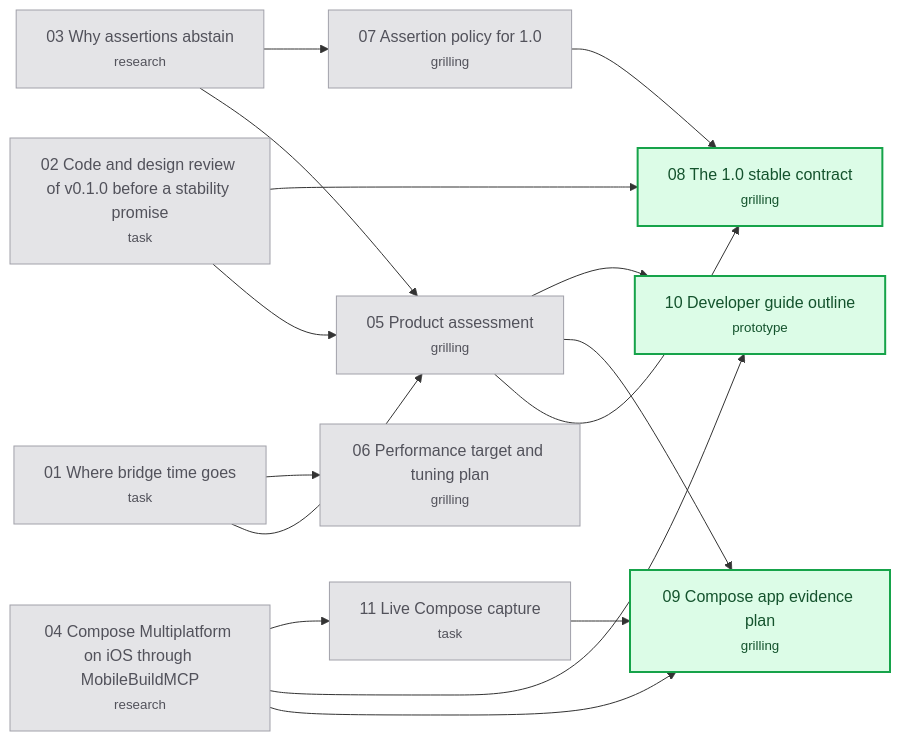
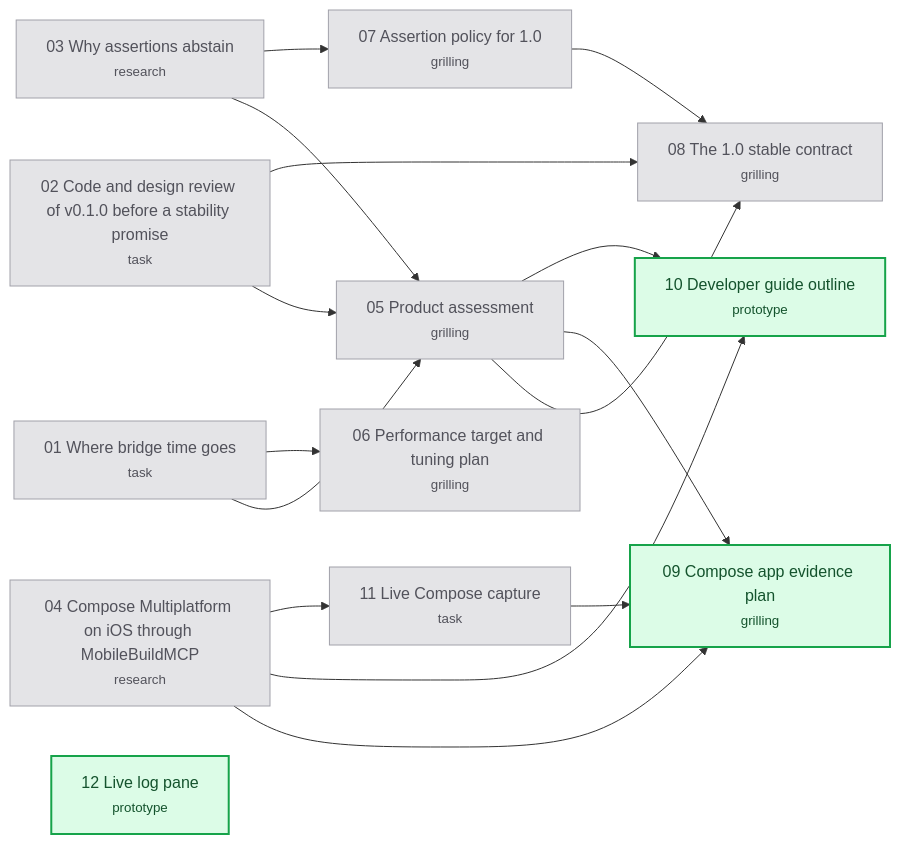
Before and after one commit to hugues-vnsgn/jev-ios-bridge: the diagram in .scratch/v1-release/map.md, drawn with Mermaid. The commit also changed other lines of this file and 4 other files, not shown here.

First line of the commit message:
docs: define the 1.0 stability contract and add the log pane

````diff
--- a/.scratch/v1-release/map.md
+++ b/.scratch/v1-release/map.md
@@ -45,34 +46,35 @@
 ```mermaid
 flowchart LR
     T01["01 Where bridge time goes<br/><small>task</small>"]
     T02["02 Code and design review of v0.1.0 before a stability promise<br/><small>task</small>"]
     T03["03 Why assertions abstain<br/><small>research</small>"]
     T04["04 Compose Multiplatform on iOS through MobileBuildMCP<br/><small>research</small>"]
     T05["05 Product assessment<br/><small>grilling</small>"]
     T06["06 Performance target and tuning plan<br/><small>grilling</small>"]
     T07["07 Assertion policy for 1.0<br/><small>grilling</small>"]
     T08["08 The 1.0 stable contract<br/><small>grilling</small>"]
     T09["09 Compose app evidence plan<br/><small>grilling</small>"]
     T10["10 Developer guide outline<br/><small>prototype</small>"]
     T11["11 Live Compose capture<br/><small>task</small>"]
+    T12["12 Live log pane<br/><small>prototype</small>"]
     T01 --> T05
     T02 --> T05
     T03 --> T05
     T01 --> T06
     T03 --> T07
     T02 --> T08
     T05 --> T08
     T07 --> T08
     T04 --> T09
     T05 --> T09
     T11 --> T09
     T04 --> T10
     T05 --> T10
     T04 --> T11
     classDef resolved fill:#e4e4e7,stroke:#a1a1aa,color:#52525b
     classDef claimed fill:#dbeafe,stroke:#2563eb,color:#1e3a8a
     classDef frontier fill:#dcfce7,stroke:#16a34a,color:#14532d,stroke-width:2px
     classDef blocked fill:#ffffff,stroke:#a1a1aa,color:#18181b
-    class T01,T02,T03,T04,T05,T06,T07,T11 resolved
-    class T08,T09,T10 frontier
+    class T01,T02,T03,T04,T05,T06,T07,T08,T11 resolved
+    class T09,T10,T12 frontier
 ```
````
